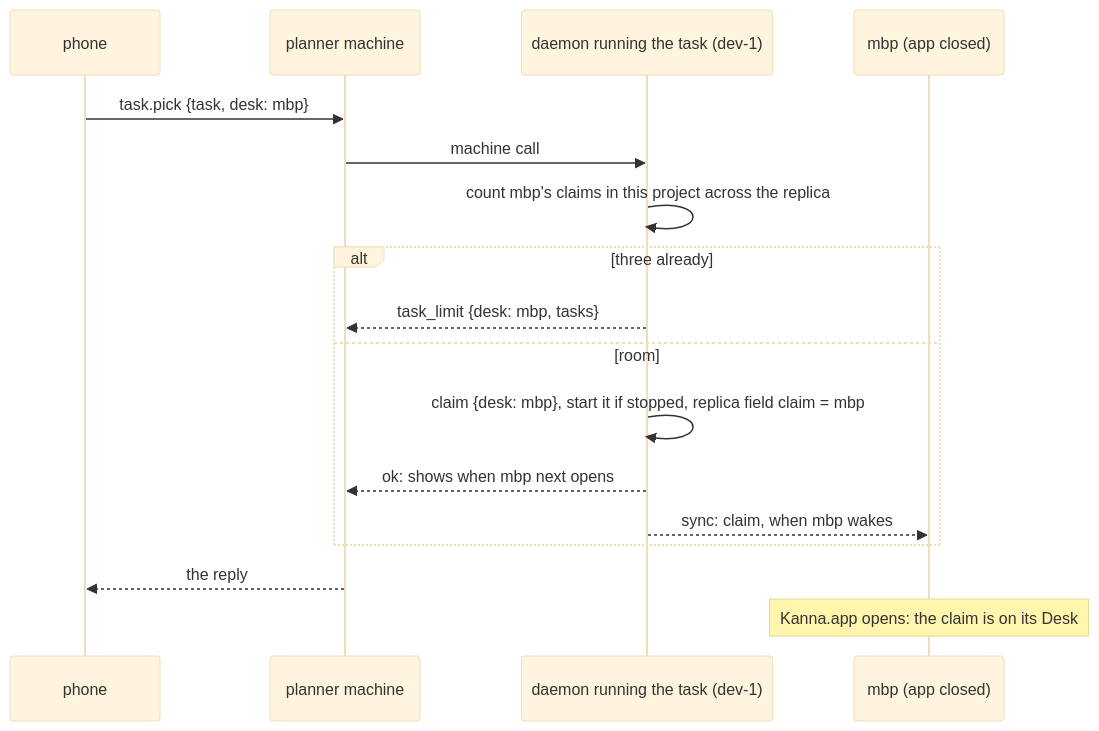
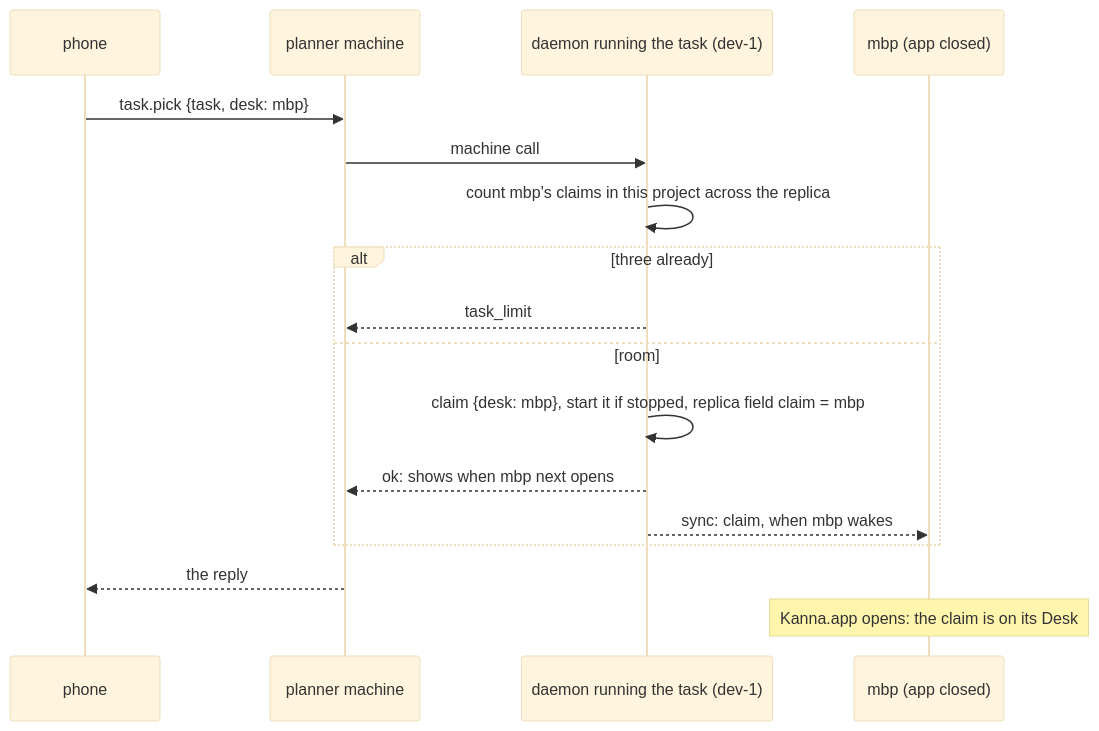
Before and after one commit to tampopogk/kanna: the diagram in docs/specs/mobile-shelf.md, drawn with Mermaid (base theme). The commit also changed other lines of this file and 12 other files, not shown here.

````diff
--- a/docs/specs/mobile-shelf.md
+++ b/docs/specs/mobile-shelf.md
@@ -28,19 +29,19 @@
 ```mermaid
 sequenceDiagram
     participant P as phone
     participant H as planner machine
     participant O as daemon running the task (dev-1)
     participant M as mbp (app closed)
     P->>H: task.pick {task, desk: mbp}
     H->>O: machine call
     O->>O: count mbp's claims in this project across the replica
     alt three already
-        O-->>H: task_limit {desk: mbp, tasks}
+        O-->>H: task_limit
     else room
         O->>O: claim {desk: mbp}, start it if stopped, replica field claim = mbp
         O-->>H: ok: shows when mbp next opens
         O-->>M: sync: claim, when mbp wakes
     end
     H-->>P: the reply
     Note over M: Kanna.app opens: the claim is on its Desk
 ```
````
